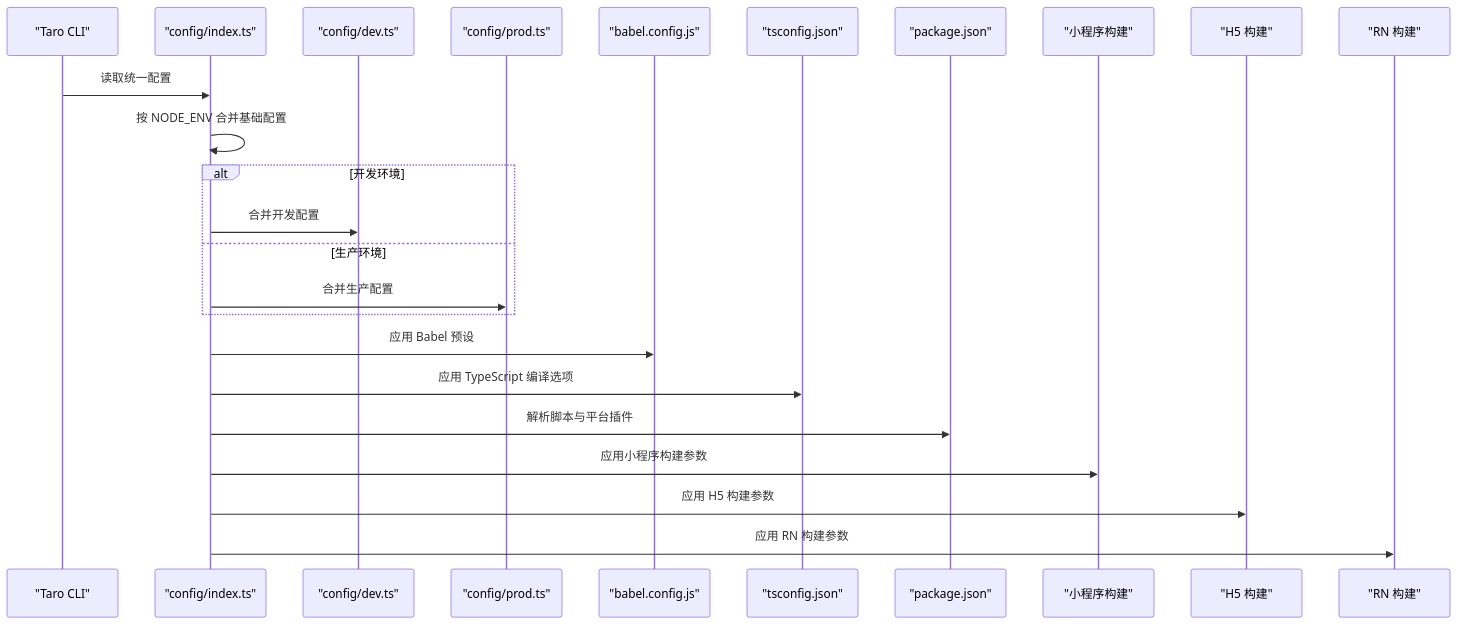
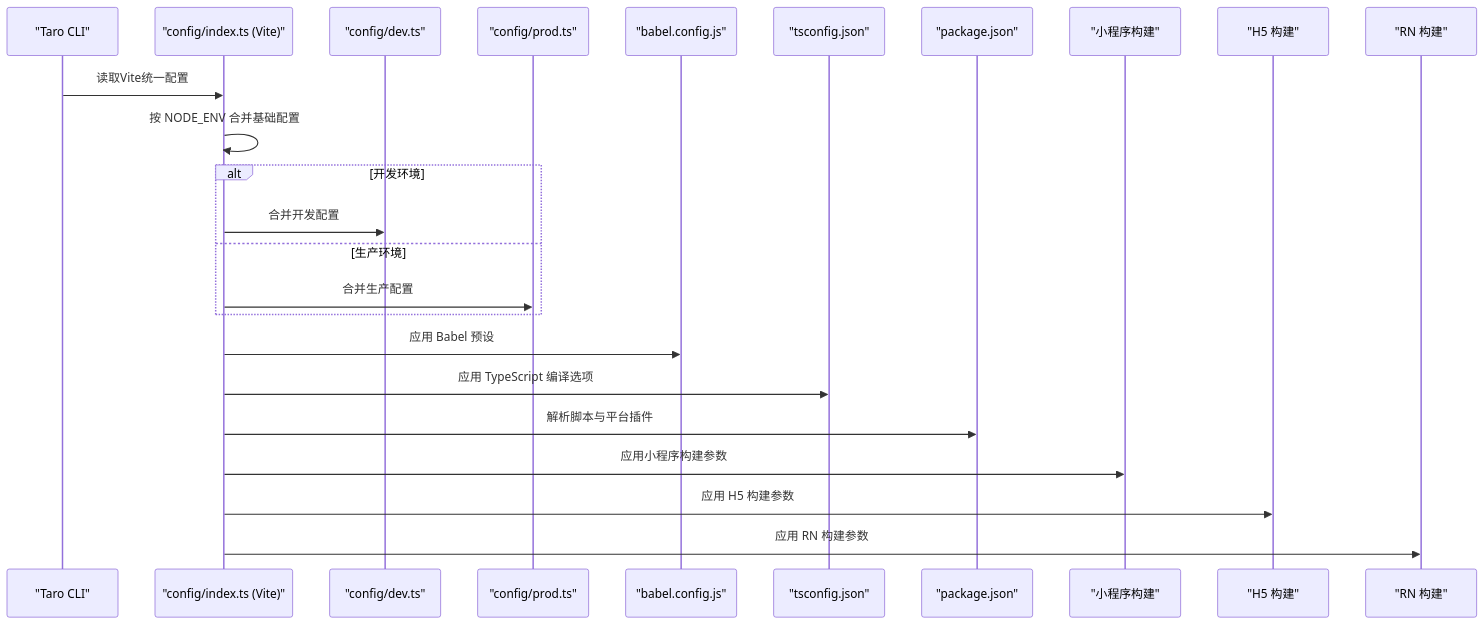
One commit to zuolinbao/redbook changed the second of 3 diagrams in .qoder/repowiki/zh/content/构建与部署/构建配置.md. Above: the diagram before and after it, drawn with Mermaid. The commit also changed other lines of this file and 23 other files, not shown here.

````diff
--- a/.qoder/repowiki/zh/content/构建与部署/构建配置.md
+++ b/.qoder/repowiki/zh/content/构建与部署/构建配置.md
@@ -101,26 +107,26 @@
 ```mermaid
 sequenceDiagram
 participant CLI as "Taro CLI"
-participant Index as "config/index.ts"
+participant Index as "config/index.ts (Vite)"
 participant Dev as "config/dev.ts"
 participant Prod as "config/prod.ts"
 participant Babel as "babel.config.js"
 participant TS as "tsconfig.json"
 participant Pkg as "package.json"
 participant Mini as "小程序构建"
 participant H5 as "H5 构建"
 participant RN as "RN 构建"
-CLI->>Index : 读取统一配置
+CLI->>Index : 读取Vite统一配置
 Index->>Index : 按 NODE_ENV 合并基础配置
 alt 开发环境
 Index->>Dev : 合并开发配置
 else 生产环境
 Index->>Prod : 合并生产配置
 end
 Index->>Babel : 应用 Babel 预设
 Index->>TS : 应用 TypeScript 编译选项
 Index->>Pkg : 解析脚本与平台插件
 Index->>Mini : 应用小程序构建参数
 Index->>H5 : 应用 H5 构建参数
 Index->>RN : 应用 RN 构建参数
 ```
````
